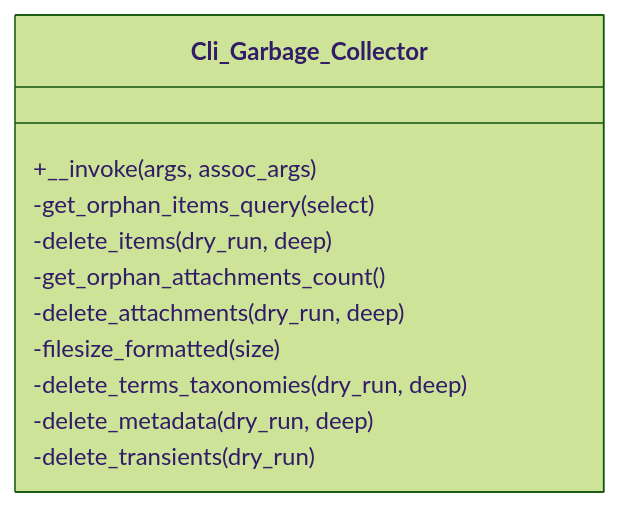
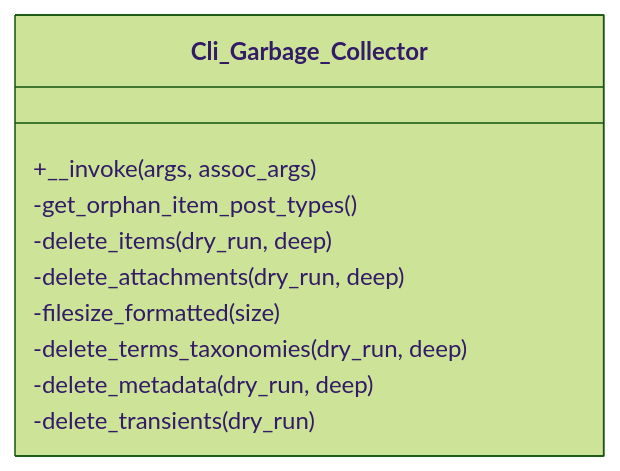
Before and after one commit to tainacan/tainacan: the diagram in docs/phpdoc/classes/Tainacan/Cli_Garbage_Collector.mmd, drawn with Mermaid (forest theme). The commit also changed 15 other files, not shown here.

```diff
--- a/docs/phpdoc/classes/Tainacan/Cli_Garbage_Collector.mmd
+++ b/docs/phpdoc/classes/Tainacan/Cli_Garbage_Collector.mmd
@@ -1,13 +1,12 @@
 classDiagram
     direction TB
     class Cli_Garbage_Collector {
         +__invoke(args, assoc_args)
-        -get_orphan_items_query(select)
+        -get_orphan_item_post_types()
         -delete_items(dry_run, deep)
-        -get_orphan_attachments_count()
         -delete_attachments(dry_run, deep)
         -filesize_formatted(size)
         -delete_terms_taxonomies(dry_run, deep)
         -delete_metadata(dry_run, deep)
         -delete_transients(dry_run)
     }
```
